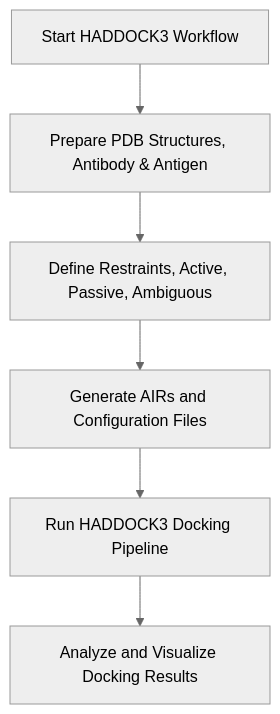
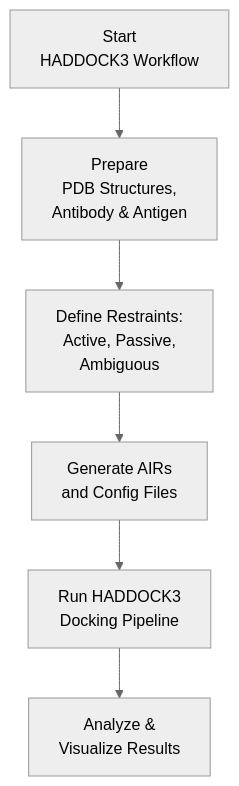
The diagram in Haddock3.md (Sir-Corgi/workshop), drawn with Mermaid (neutral theme) before and after one commit.

````diff
--- a/Haddock3.md
+++ b/Haddock3.md
@@ -25,8 +25,8 @@
 ```mermaid
 graph TD
-    A[Start HADDOCK3 Workflow] --> B[Prepare PDB Structures, Antibody & Antigen]
-    B --> C[Define Restraints, Active, Passive, Ambiguous]
-    C --> D[Generate AIRs and Configuration Files]
-    D --> E[Run HADDOCK3 Docking Pipeline]
-    E --> F[Analyze and Visualize Docking Results]
+    A[Start<br>HADDOCK3 Workflow] --> B[Prepare<br>PDB Structures,<br>Antibody & Antigen]
+    B --> C[Define Restraints:<br>Active, Passive,<br>Ambiguous]
+    C --> D[Generate AIRs<br>and Config Files]
+    D --> E[Run HADDOCK3<br>Docking Pipeline]
+    E --> F[Analyze &<br>Visualize Results]
 ```
````
